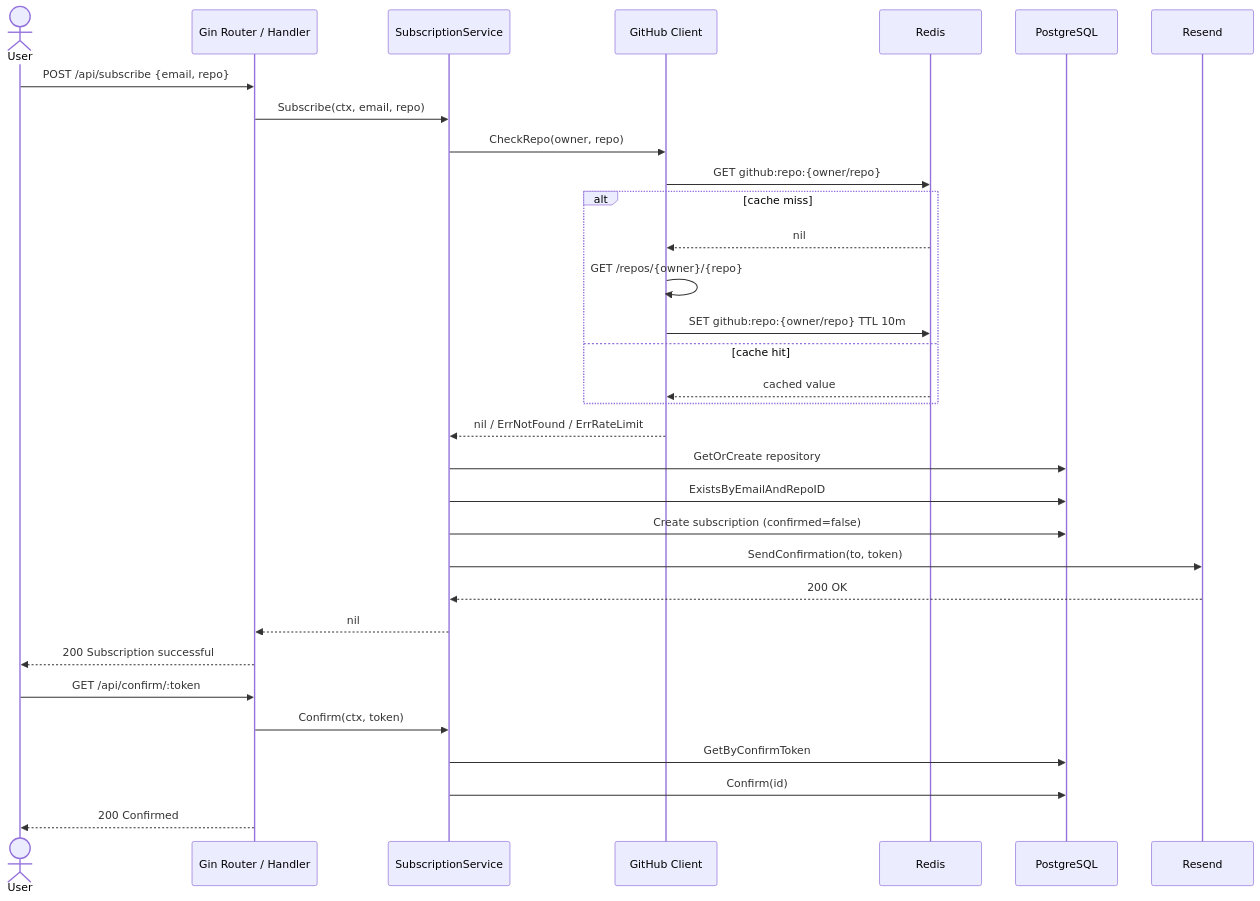
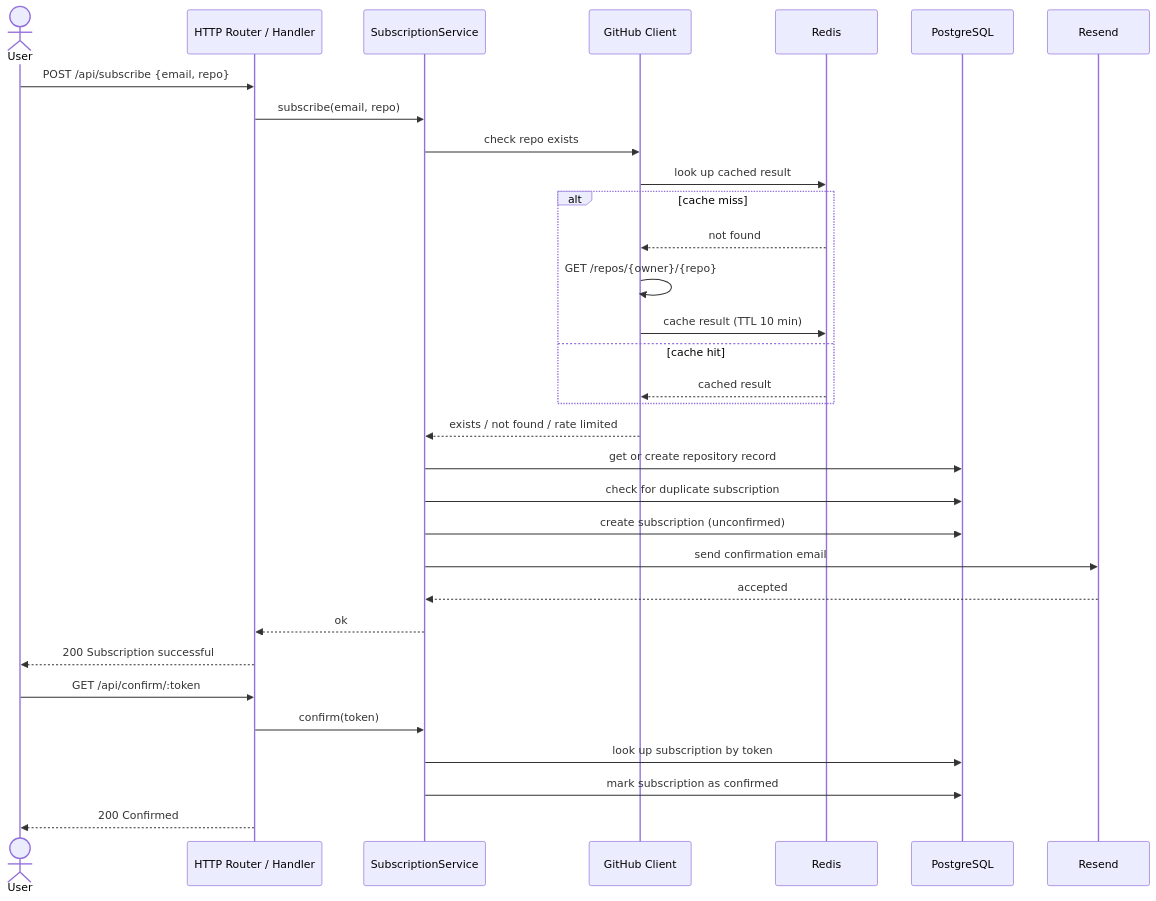
One commit to GenesisEducationKyiv/software-engineering-school-6-0-posulka50 changed the third of 5 diagrams in docs/system-design-document.md. Above: the diagram before and after it, drawn with Mermaid. The commit also changed other lines of this file and 1 other file, not shown here.

````diff
--- a/docs/system-design-document.md
+++ b/docs/system-design-document.md
@@ -185,36 +185,36 @@
 ```mermaid
 sequenceDiagram
     actor User
-    participant API as Gin Router / Handler
+    participant API as HTTP Router / Handler
     participant Svc as SubscriptionService
     participant GH as GitHub Client
     participant Redis
     participant DB as PostgreSQL
     participant Email as Resend
 
     User->>API: POST /api/subscribe {email, repo}
-    API->>Svc: Subscribe(ctx, email, repo)
-    Svc->>GH: CheckRepo(owner, repo)
-    GH->>Redis: GET github:repo:{owner/repo}
+    API->>Svc: subscribe(email, repo)
+    Svc->>GH: check repo exists
+    GH->>Redis: look up cached result
     alt cache miss
-        Redis-->>GH: nil
+        Redis-->>GH: not found
         GH->>GH: GET /repos/{owner}/{repo}
-        GH->>Redis: SET github:repo:{owner/repo} TTL 10m
+        GH->>Redis: cache result (TTL 10 min)
     else cache hit
-        Redis-->>GH: cached value
+        Redis-->>GH: cached result
     end
-    GH-->>Svc: nil / ErrNotFound / ErrRateLimit
-    Svc->>DB: GetOrCreate repository
-    Svc->>DB: ExistsByEmailAndRepoID
-    Svc->>DB: Create subscription (confirmed=false)
-    Svc->>Email: SendConfirmation(to, token)
-    Email-->>Svc: 200 OK
-    Svc-->>API: nil
+    GH-->>Svc: exists / not found / rate limited
+    Svc->>DB: get or create repository record
+    Svc->>DB: check for duplicate subscription
+    Svc->>DB: create subscription (unconfirmed)
+    Svc->>Email: send confirmation email
+    Email-->>Svc: accepted
+    Svc-->>API: ok
     API-->>User: 200 Subscription successful
 
     User->>API: GET /api/confirm/:token
-    API->>Svc: Confirm(ctx, token)
-    Svc->>DB: GetByConfirmToken
-    Svc->>DB: Confirm(id)
+    API->>Svc: confirm(token)
+    Svc->>DB: look up subscription by token
+    Svc->>DB: mark subscription as confirmed
     API-->>User: 200 Confirmed
 ```
````
